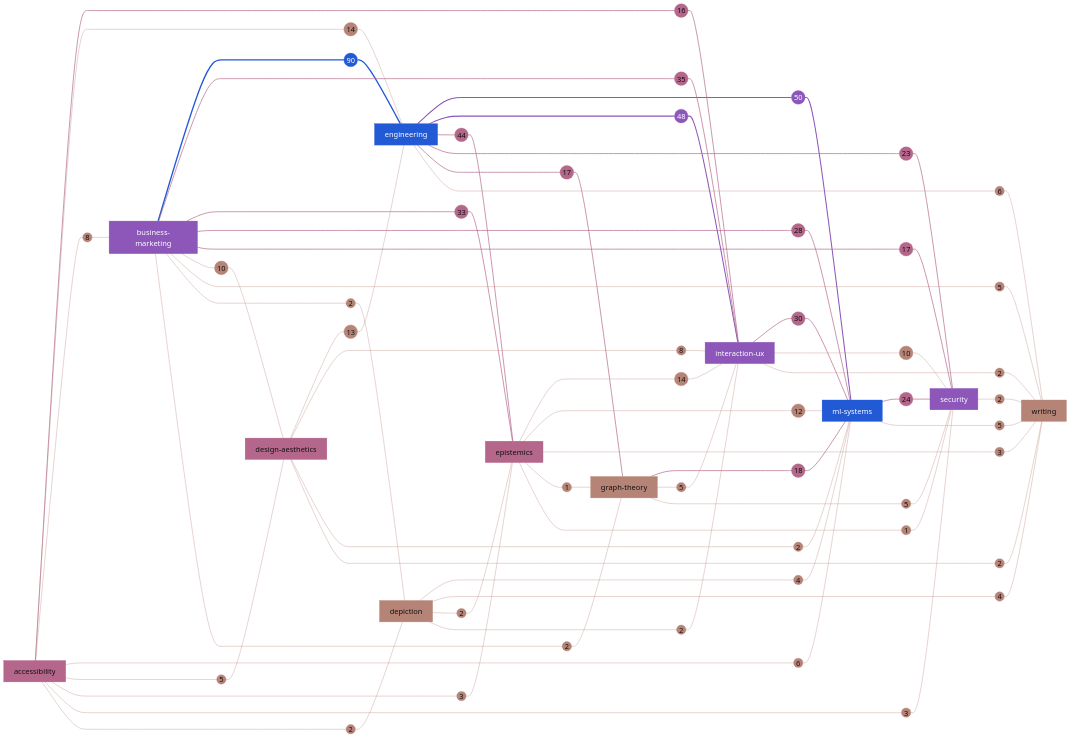
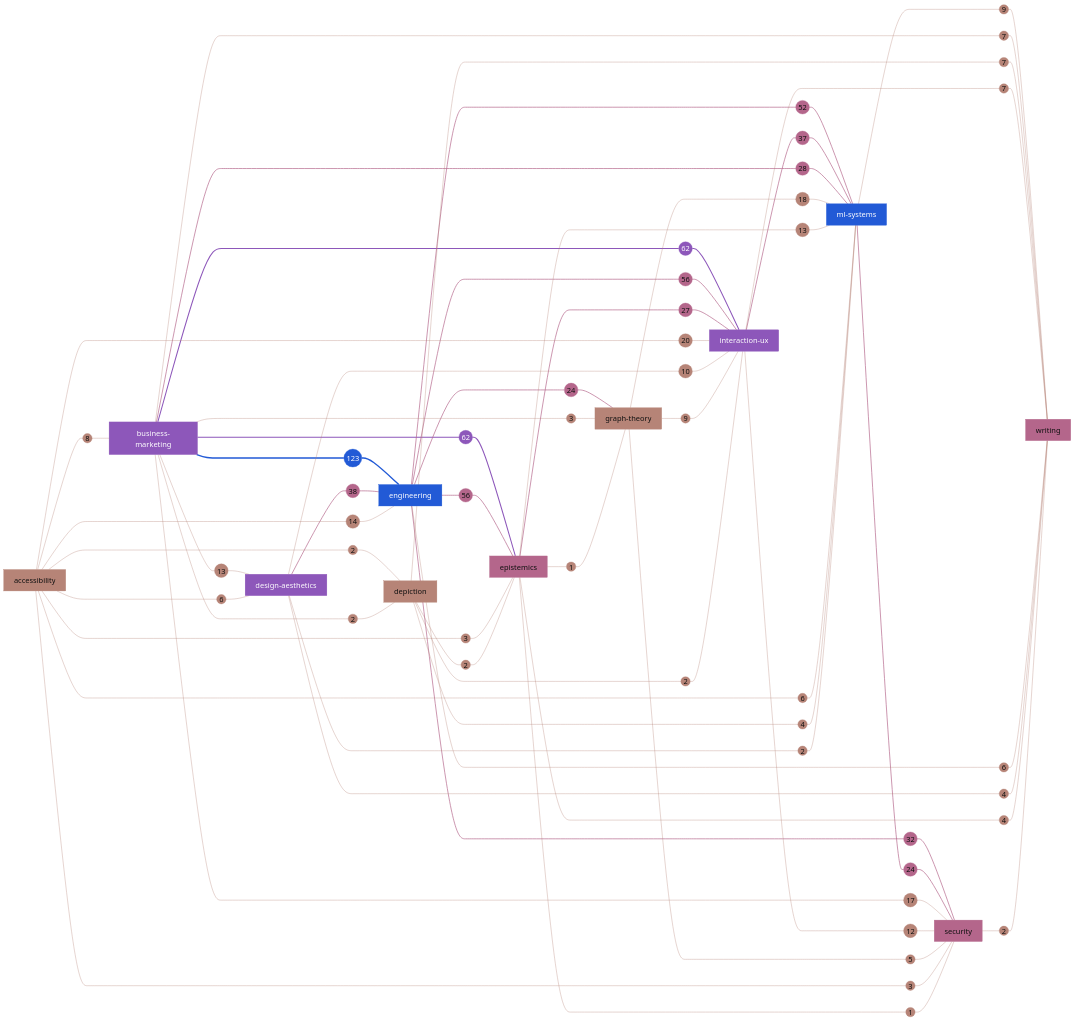
The first of 2 diagrams in GRAPH.md (darce/heuristics-canon), drawn with Mermaid before and after one commit. The commit also changed other lines of this file and 47 other files, not shown here.

````diff
--- a/GRAPH.md
+++ b/GRAPH.md
@@ -35,90 +35,90 @@
   ml_systems["ml-systems"]
   security["security"]
   writing["writing"]
-  business_marketing --- W_business_marketing__engineering((90))
+  business_marketing --- W_business_marketing__engineering((123))
   W_business_marketing__engineering --- engineering
-  engineering --- W_engineering__ml_systems((50))
+  business_marketing --- W_business_marketing__epistemics((62))
+  W_business_marketing__epistemics --- epistemics
+  business_marketing --- W_business_marketing__interaction_ux((62))
+  W_business_marketing__interaction_ux --- interaction_ux
+  engineering --- W_engineering__epistemics((56))
+  W_engineering__epistemics --- epistemics
+  engineering --- W_engineering__interaction_ux((56))
+  W_engineering__interaction_ux --- interaction_ux
+  engineering --- W_engineering__ml_systems((52))
   W_engineering__ml_systems --- ml_systems
-  engineering --- W_engineering__interaction_ux((48))
-  W_engineering__interaction_ux --- interaction_ux
-  engineering --- W_engineering__epistemics((44))
-  W_engineering__epistemics --- epistemics
-  business_marketing --- W_business_marketing__interaction_ux((35))
-  W_business_marketing__interaction_ux --- interaction_ux
-  business_marketing --- W_business_marketing__epistemics((33))
-  W_business_marketing__epistemics --- epistemics
-  interaction_ux --- W_interaction_ux__ml_systems((30))
+  design_aesthetics --- W_design_aesthetics__engineering((38))
+  W_design_aesthetics__engineering --- engineering
+  interaction_ux --- W_interaction_ux__ml_systems((37))
   W_interaction_ux__ml_systems --- ml_systems
+  engineering --- W_engineering__security((32))
+  W_engineering__security --- security
   business_marketing --- W_business_marketing__ml_systems((28))
   W_business_marketing__ml_systems --- ml_systems
+  epistemics --- W_epistemics__interaction_ux((27))
+  W_epistemics__interaction_ux --- interaction_ux
+  engineering --- W_engineering__graph_theory((24))
+  W_engineering__graph_theory --- graph_theory
   ml_systems --- W_ml_systems__security((24))
   W_ml_systems__security --- security
-  engineering --- W_engineering__security((23))
-  W_engineering__security --- security
+  accessibility --- W_accessibility__interaction_ux((20))
+  W_accessibility__interaction_ux --- interaction_ux
   graph_theory --- W_graph_theory__ml_systems((18))
   W_graph_theory__ml_systems --- ml_systems
   business_marketing --- W_business_marketing__security((17))
   W_business_marketing__security --- security
-  engineering --- W_engineering__graph_theory((17))
-  W_engineering__graph_theory --- graph_theory
-  accessibility --- W_accessibility__interaction_ux((16))
-  W_accessibility__interaction_ux --- interaction_ux
   accessibility --- W_accessibility__engineering((14))
   W_accessibility__engineering --- engineering
-  epistemics --- W_epistemics__interaction_ux((14))
-  W_epistemics__interaction_ux --- interaction_ux
-  design_aesthetics --- W_design_aesthetics__engineering((13))
-  W_design_aesthetics__engineering --- engineering
-  epistemics --- W_epistemics__ml_systems((12))
+  business_marketing --- W_business_marketing__design_aesthetics((13))
+  W_business_marketing__design_aesthetics --- design_aesthetics
+  epistemics --- W_epistemics__ml_systems((13))
   W_epistemics__ml_systems --- ml_systems
-  business_marketing --- W_business_marketing__design_aesthetics((10))
-  W_business_marketing__design_aesthetics --- design_aesthetics
-  interaction_ux --- W_interaction_ux__security((10))
+  interaction_ux --- W_interaction_ux__security((12))
   W_interaction_ux__security --- security
+  design_aesthetics --- W_design_aesthetics__interaction_ux((10))
+  W_design_aesthetics__interaction_ux --- interaction_ux
+  graph_theory --- W_graph_theory__interaction_ux((9))
+  W_graph_theory__interaction_ux --- interaction_ux
+  ml_systems --- W_ml_systems__writing((9))
+  W_ml_systems__writing --- writing
   accessibility --- W_accessibility__business_marketing((8))
   W_accessibility__business_marketing --- business_marketing
-  design_aesthetics --- W_design_aesthetics__interaction_ux((8))
-  W_design_aesthetics__interaction_ux --- interaction_ux
+  business_marketing --- W_business_marketing__writing((7))
+  W_business_marketing__writing --- writing
+  depiction --- W_depiction__writing((7))
+  W_depiction__writing --- writing
+  interaction_ux --- W_interaction_ux__writing((7))
+  W_interaction_ux__writing --- writing
+  accessibility --- W_accessibility__design_aesthetics((6))
+  W_accessibility__design_aesthetics --- design_aesthetics
   accessibility --- W_accessibility__ml_systems((6))
   W_accessibility__ml_systems --- ml_systems
   engineering --- W_engineering__writing((6))
   W_engineering__writing --- writing
-  accessibility --- W_accessibility__design_aesthetics((5))
-  W_accessibility__design_aesthetics --- design_aesthetics
-  business_marketing --- W_business_marketing__writing((5))
-  W_business_marketing__writing --- writing
-  graph_theory --- W_graph_theory__interaction_ux((5))
-  W_graph_theory__interaction_ux --- interaction_ux
   graph_theory --- W_graph_theory__security((5))
   W_graph_theory__security --- security
-  ml_systems --- W_ml_systems__writing((5))
-  W_ml_systems__writing --- writing
   depiction --- W_depiction__ml_systems((4))
   W_depiction__ml_systems --- ml_systems
-  depiction --- W_depiction__writing((4))
-  W_depiction__writing --- writing
+  design_aesthetics --- W_design_aesthetics__writing((4))
+  W_design_aesthetics__writing --- writing
+  epistemics --- W_epistemics__writing((4))
+  W_epistemics__writing --- writing
   accessibility --- W_accessibility__epistemics((3))
   W_accessibility__epistemics --- epistemics
   accessibility --- W_accessibility__security((3))
   W_accessibility__security --- security
-  epistemics --- W_epistemics__writing((3))
-  W_epistemics__writing --- writing
+  business_marketing --- W_business_marketing__graph_theory((3))
+  W_business_marketing__graph_theory --- graph_theory
   accessibility --- W_accessibility__depiction((2))
   W_accessibility__depiction --- depiction
   business_marketing --- W_business_marketing__depiction((2))
   W_business_marketing__depiction --- depiction
-  business_marketing --- W_business_marketing__graph_theory((2))
-  W_business_marketing__graph_theory --- graph_theory
   depiction --- W_depiction__epistemics((2))
   W_depiction__epistemics --- epistemics
   depiction --- W_depiction__interaction_ux((2))
   W_depiction__interaction_ux --- interaction_ux
   design_aesthetics --- W_design_aesthetics__ml_systems((2))
   W_design_aesthetics__ml_systems --- ml_systems
-  design_aesthetics --- W_design_aesthetics__writing((2))
-  W_design_aesthetics__writing --- writing
-  interaction_ux --- W_interaction_ux__writing((2))
-  W_interaction_ux__writing --- writing
   security --- W_security__writing((2))
   W_security__writing --- writing
   epistemics --- W_epistemics__graph_theory((1))
@@ -129,12 +129,12 @@
   classDef seq_1 fill:#B4668B,color:#111111,stroke:#B4668B
   classDef seq_2 fill:#8D57BA,color:#FFFFFF,stroke:#8D57BA
   classDef seq_3 fill:#225AD6,color:#FFFFFF,stroke:#225AD6
-  class depiction,graph_theory,writing,W_accessibility__engineering,W_epistemics__interaction_ux,W_design_aesthetics__engineering,W_epistemics__ml_systems,W_business_marketing__design_aesthetics,W_interaction_ux__security,W_accessibility__business_marketing,W_design_aesthetics__interaction_ux,W_accessibility__ml_systems,W_engineering__writing,W_accessibility__design_aesthetics,W_business_marketing__writing,W_graph_theory__interaction_ux,W_graph_theory__security,W_ml_systems__writing,W_depiction__ml_systems,W_depiction__writing,W_accessibility__epistemics,W_accessibility__security,W_epistemics__writing,W_accessibility__depiction,W_business_marketing__depiction,W_business_marketing__graph_theory,W_depiction__epistemics,W_depiction__interaction_ux,W_design_aesthetics__ml_systems,W_design_aesthetics__writing,W_interaction_ux__writing,W_security__writing,W_epistemics__graph_theory,W_epistemics__security seq_0
-  class accessibility,design_aesthetics,epistemics,W_engineering__epistemics,W_business_marketing__interaction_ux,W_business_marketing__epistemics,W_interaction_ux__ml_systems,W_business_marketing__ml_systems,W_ml_systems__security,W_engineering__security,W_graph_theory__ml_systems,W_business_marketing__security,W_engineering__graph_theory,W_accessibility__interaction_ux seq_1
-  class business_marketing,interaction_ux,security,W_engineering__ml_systems,W_engineering__interaction_ux seq_2
+  class accessibility,depiction,graph_theory,W_accessibility__interaction_ux,W_graph_theory__ml_systems,W_business_marketing__security,W_accessibility__engineering,W_business_marketing__design_aesthetics,W_epistemics__ml_systems,W_interaction_ux__security,W_design_aesthetics__interaction_ux,W_graph_theory__interaction_ux,W_ml_systems__writing,W_accessibility__business_marketing,W_business_marketing__writing,W_depiction__writing,W_interaction_ux__writing,W_accessibility__design_aesthetics,W_accessibility__ml_systems,W_engineering__writing,W_graph_theory__security,W_depiction__ml_systems,W_design_aesthetics__writing,W_epistemics__writing,W_accessibility__epistemics,W_accessibility__security,W_business_marketing__graph_theory,W_accessibility__depiction,W_business_marketing__depiction,W_depiction__epistemics,W_depiction__interaction_ux,W_design_aesthetics__ml_systems,W_security__writing,W_epistemics__graph_theory,W_epistemics__security seq_0
+  class epistemics,security,writing,W_engineering__epistemics,W_engineering__interaction_ux,W_engineering__ml_systems,W_design_aesthetics__engineering,W_interaction_ux__ml_systems,W_engineering__security,W_business_marketing__ml_systems,W_epistemics__interaction_ux,W_engineering__graph_theory,W_ml_systems__security seq_1
+  class business_marketing,design_aesthetics,interaction_ux,W_business_marketing__epistemics,W_business_marketing__interaction_ux seq_2
   class engineering,ml_systems,W_business_marketing__engineering seq_3
   linkStyle 0,1 stroke:#225AD6,stroke-width:4px
   linkStyle 2,3,4,5 stroke:#8D57BA,stroke-width:3px
-  linkStyle 6,7,8,9,10,11,12,13,14,15,16,17,18,19,20,21,22,23,24,25,26,27 stroke:#B4668B,stroke-width:2px
-  linkStyle 28,29,30,31,32,33,34,35,36,37,38,39,40,41,42,43,44,45,46,47,48,49,50,51,52,53,54,55,56,57,58,59,60,61,62,63,64,65,66,67,68,69,70,71,72,73,74,75,76,77,78,79,80,81,82,83,84,85,86,87,88,89 stroke:#B68477,stroke-width:1px
+  linkStyle 6,7,8,9,10,11,12,13,14,15,16,17,18,19,20,21,22,23,24,25 stroke:#B4668B,stroke-width:2px
+  linkStyle 26,27,28,29,30,31,32,33,34,35,36,37,38,39,40,41,42,43,44,45,46,47,48,49,50,51,52,53,54,55,56,57,58,59,60,61,62,63,64,65,66,67,68,69,70,71,72,73,74,75,76,77,78,79,80,81,82,83,84,85,86,87,88,89 stroke:#B68477,stroke-width:1px
 ```
````
